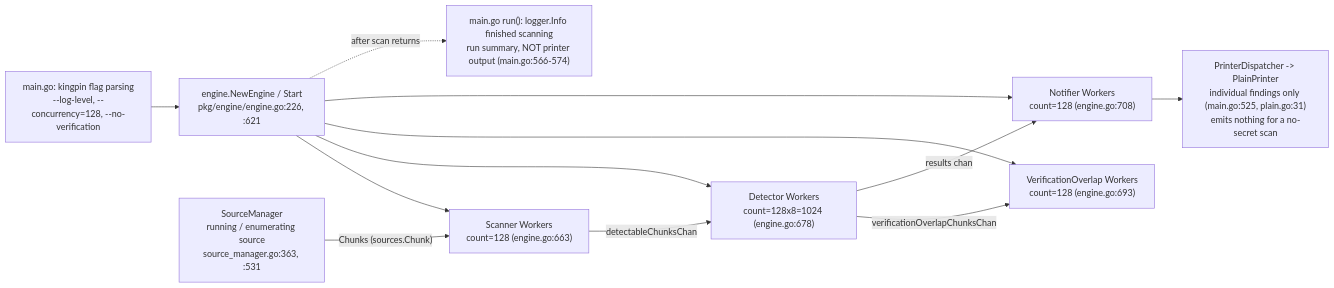
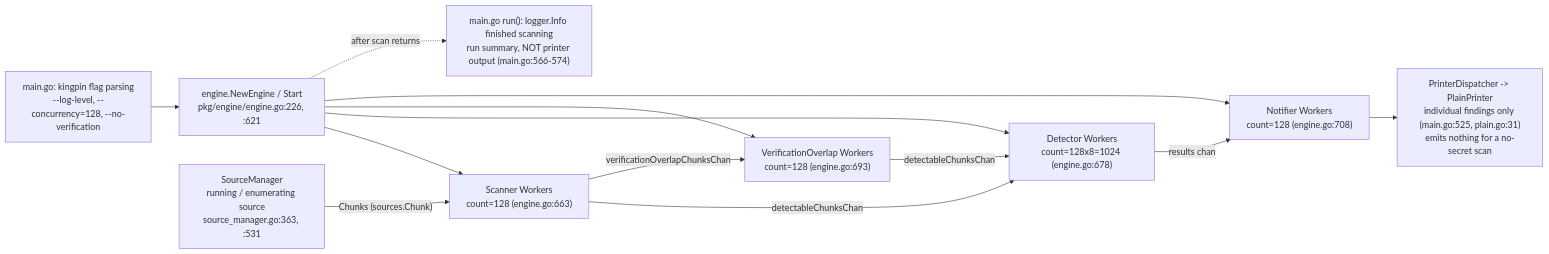
Before and after one commit to blitzy-research/trufflehog: the diagram in blitzy/documentation/trufflehog_e42153d44a5e.md, drawn with Mermaid. The commit also changed other lines of this file, not shown here.

````diff
--- a/blitzy/documentation/trufflehog_e42153d44a5e.md
+++ b/blitzy/documentation/trufflehog_e42153d44a5e.md
@@ -740,14 +762,15 @@
 ```mermaid
 flowchart LR
     CLI["main.go: kingpin flag parsing<br/>--log-level, --concurrency=128, --no-verification"] --> ENG["engine.NewEngine / Start<br/>pkg/engine/engine.go:226, :621"]
     SM["SourceManager<br/>running / enumerating source<br/>source_manager.go:363, :531"] -->|"Chunks (sources.Chunk)"| SW["Scanner Workers<br/>count=128 (engine.go:663)"]
     ENG --> SW
     ENG --> DW["Detector Workers<br/>count=128x8=1024 (engine.go:678)"]
     ENG --> VW["VerificationOverlap Workers<br/>count=128 (engine.go:693)"]
     ENG --> NW["Notifier Workers<br/>count=128 (engine.go:708)"]
     SW -->|"detectableChunksChan"| DW
-    DW -->|"verificationOverlapChunksChan"| VW
+    SW -->|"verificationOverlapChunksChan"| VW
+    VW -->|"detectableChunksChan"| DW
     DW -->|"results chan"| NW
     NW --> FINDINGS["PrinterDispatcher -> PlainPrinter<br/>individual findings only (main.go:525, plain.go:31)<br/>emits nothing for a no-secret scan"]
     ENG -.->|"after scan returns"| SUMMARY["main.go run(): logger.Info finished scanning<br/>run summary, NOT printer output (main.go:566-574)"]
 ```
````
